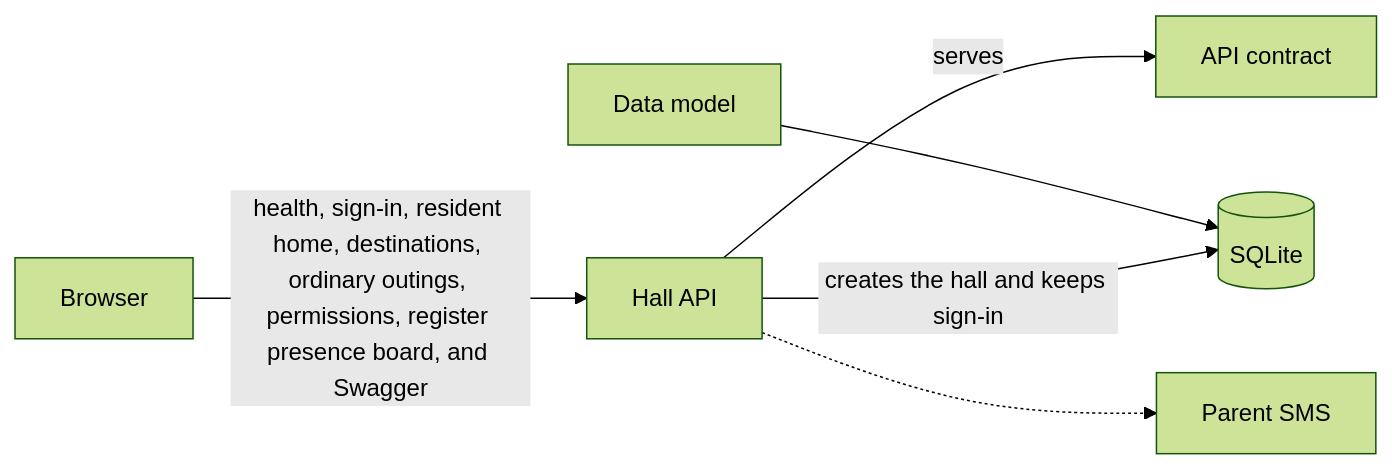
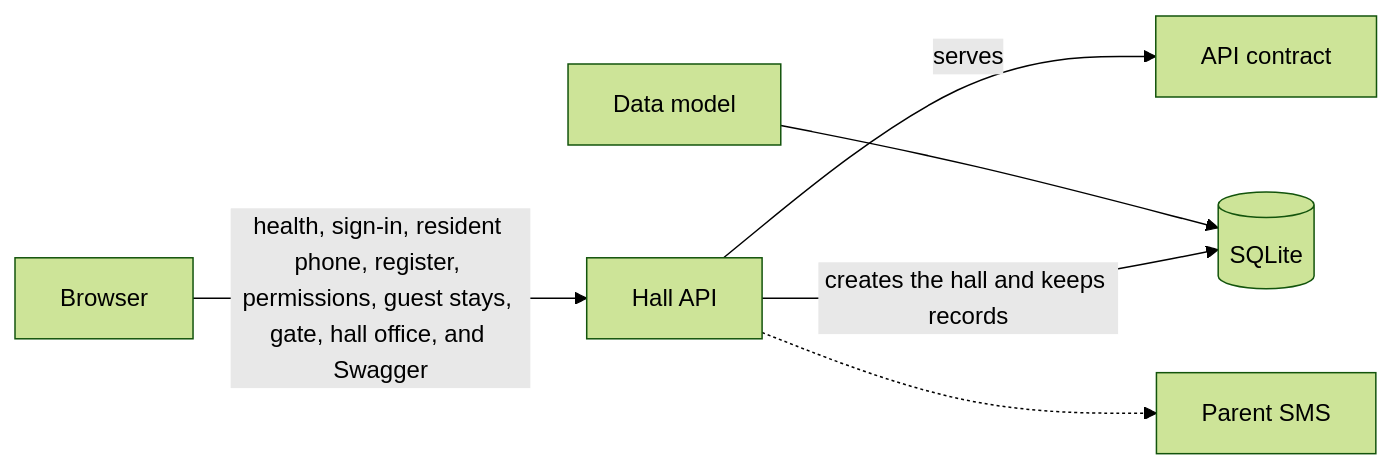
The diagram in docs/system-architecture.md (AbuIqbal123/BSJ-Hostel-Management), drawn with Mermaid (forest theme) before and after one commit. The commit also changed other lines of this file and 1 other file, not shown here.

First line of the commit message:
docs: align README and architecture with implemented API

````diff
--- a/docs/system-architecture.md
+++ b/docs/system-architecture.md
@@ -7,8 +7,8 @@
 ```mermaid
 flowchart LR
-  browser["Browser"] -->|"health, sign-in, resident home, destinations, ordinary outings, permissions, register presence board, and Swagger"| api["Hall API"]
+  browser["Browser"] -->|"health, sign-in, resident phone, register, permissions, guest stays, gate, hall office, and Swagger"| api["Hall API"]
   api -->|"serves"| contract["API contract"]
   model["Data model"] --> db[("SQLite")]
-  api -->|"creates the hall and keeps sign-in"| db
+  api -->|"creates the hall and keeps records"| db
   api -.-> sms["Parent SMS"]
 ```
````
